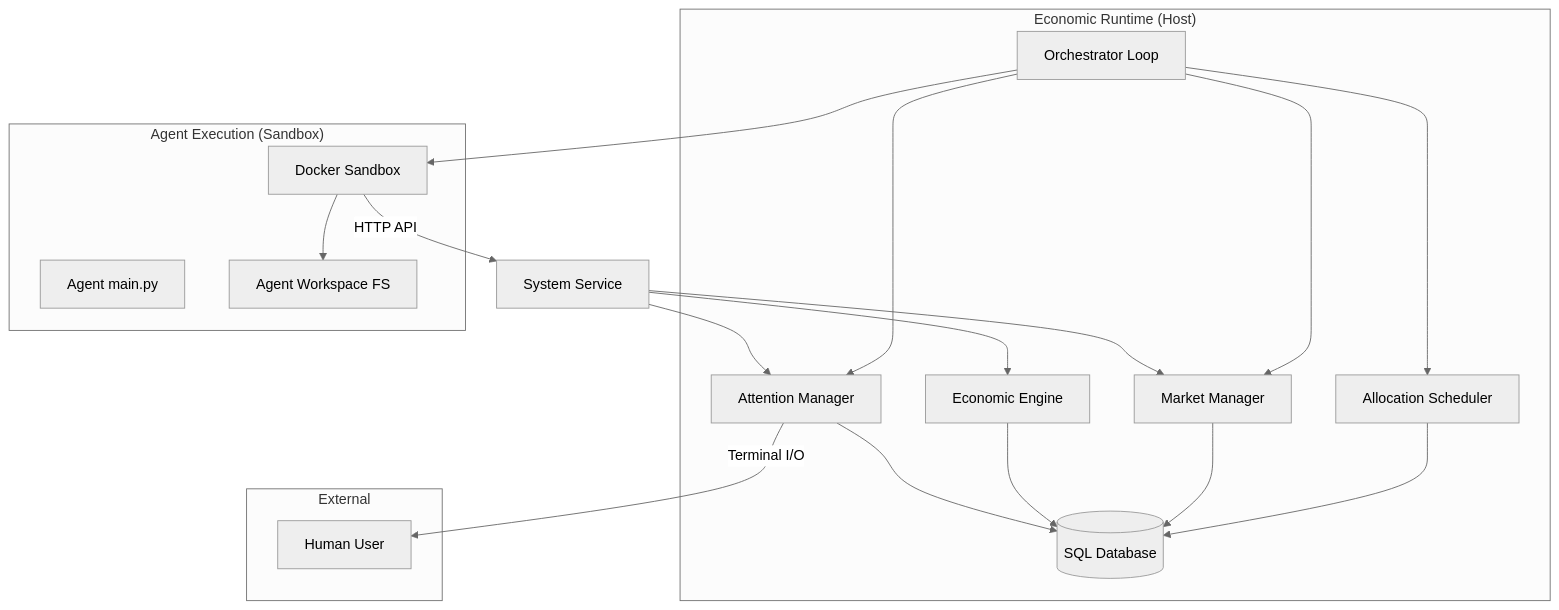
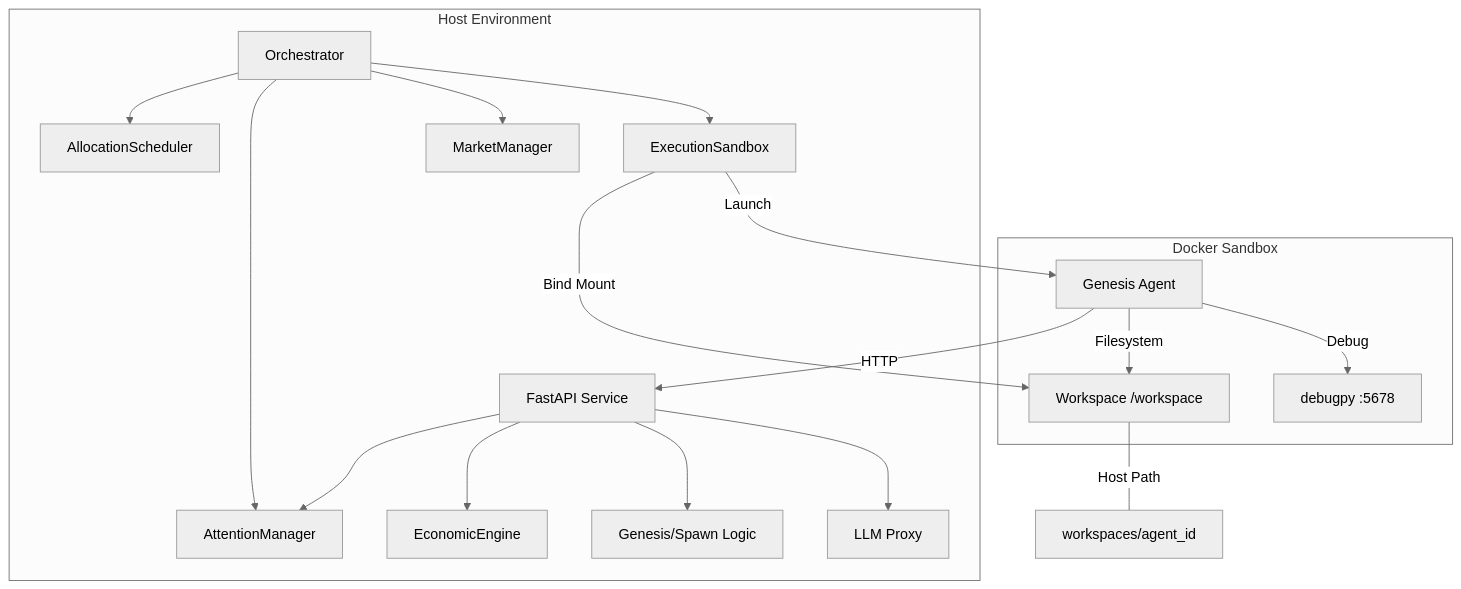
The first of 2 diagrams in docs/architecture/current_architecture.md (Ben-Pollard/syntropism), drawn with Mermaid (neutral theme) before and after one commit. The commit also changed other lines of this file and 23 other files, not shown here.

Commit message:
feat: agent service layer

````diff
--- a/docs/architecture/current_architecture.md
+++ b/docs/architecture/current_architecture.md
@@ -13,39 +8,24 @@
 ```mermaid
 graph TD
-    subgraph "Economic Runtime (Host)"
-        Orchestrator[Orchestrator Loop]
-        Scheduler[Allocation Scheduler]
-        Market[Market Manager]
-        Economy[Economic Engine]
-        Attention[Attention Manager]
-        DB[(SQL Database)]
+    subgraph Host Environment
+        ORC[Orchestrator] --> SCH[AllocationScheduler]
+        ORC --> SBX[ExecutionSandbox]
+        ORC --> MKT[MarketManager]
+        ORC --> ATT[AttentionManager]
+        
+        API[FastAPI Service] --> ECO[EconomicEngine]
+        API --> ATT
+        API --> GEN[Genesis/Spawn Logic]
+        API --> LLM[LLM Proxy]
     end
 
-    subgraph "Agent Execution (Sandbox)"
-        Sandbox[Docker Sandbox]
-        AgentLogic[Agent main.py]
-        Workspace[Agent Workspace FS]
+    subgraph Docker Sandbox
+        AGT[Genesis Agent] -->|HTTP| API
+        AGT -->|Filesystem| WS[Workspace /workspace]
+        AGT -->|Debug| DBG[debugpy :5678]
     end
 
-    subgraph "External"
-        Human[Human User]
-    end
-
-    Orchestrator --> Scheduler
-    Orchestrator --> Sandbox
-    Orchestrator --> Market
-    Orchestrator --> Attention
-
-    Scheduler --> DB
-    Market --> DB
-    Economy --> DB
-    Attention --> DB
-
-    Sandbox --> Workspace
-    Sandbox -- "HTTP API" --> Service[System Service]
-    Service --> Economy
-    Service --> Attention
-    Service --> Market
-
-    Attention -- "Terminal I/O" --> Human
+    SBX -->|Launch| AGT
+    SBX -->|Bind Mount| WS
+    WS ---|Host Path| HWS[workspaces/agent_id]
 ```
````
